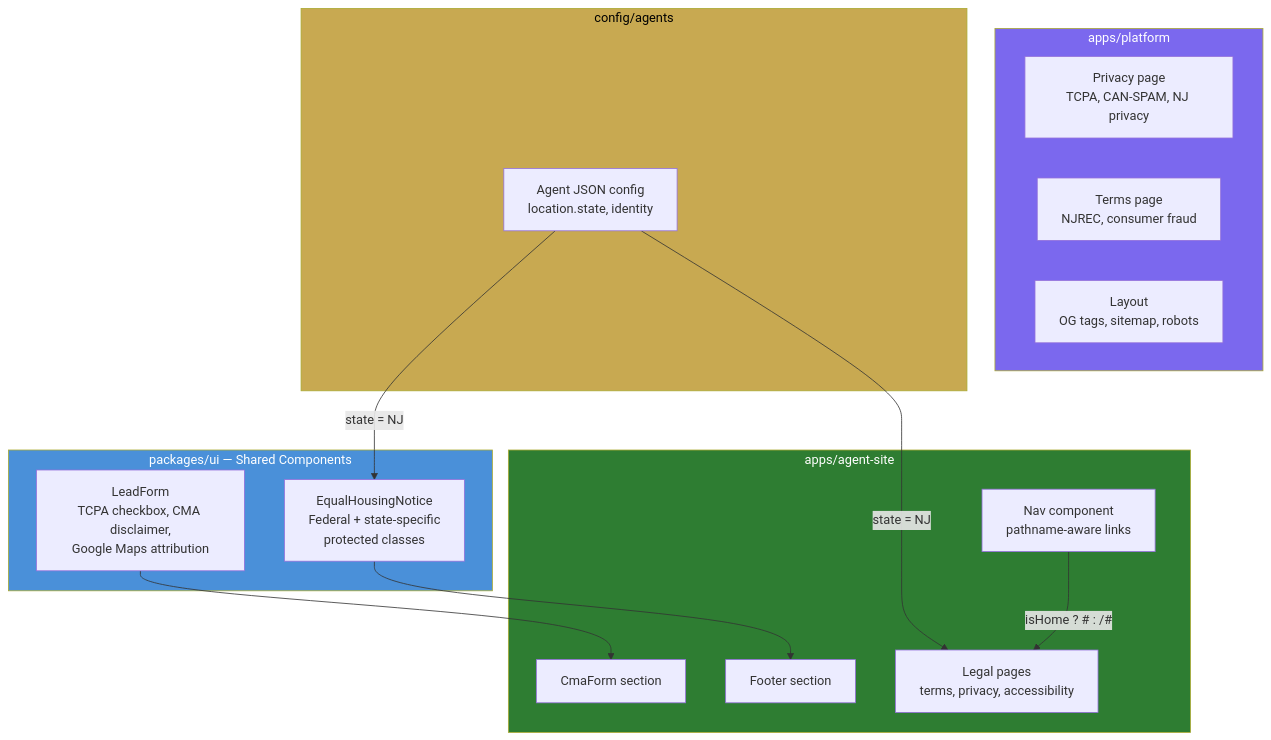
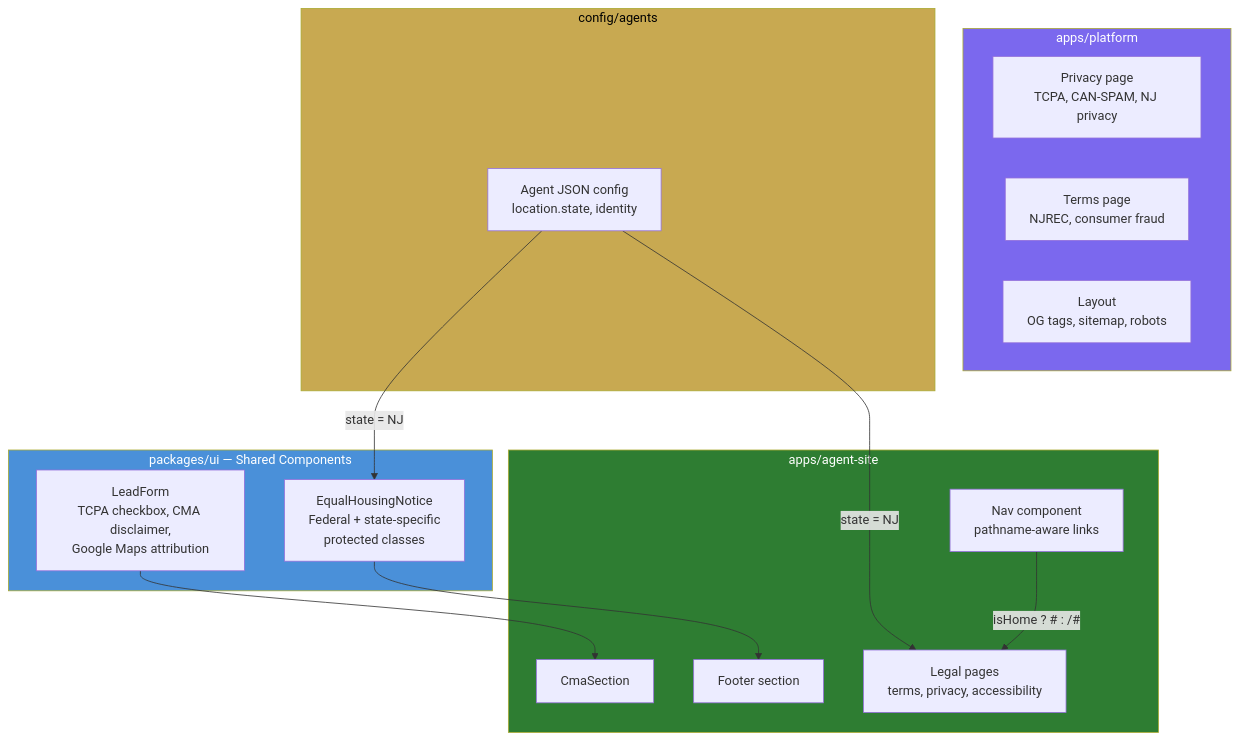
The diagram in docs/architecture/compliance-component-hierarchy.md (edward-rosado/jenisesells-website), drawn with Mermaid before and after one commit. The commit also changed 6 other files, not shown here.

````diff
--- a/docs/architecture/compliance-component-hierarchy.md
+++ b/docs/architecture/compliance-component-hierarchy.md
@@ -5,35 +5,35 @@
 ```mermaid
 flowchart TD
     subgraph SharedUI ["packages/ui — Shared Components"]
         LF["LeadForm<br/>TCPA checkbox, CMA disclaimer,<br/>Google Maps attribution"]
         EHO["EqualHousingNotice<br/>Federal + state-specific<br/>protected classes"]
     end
 
     subgraph AgentSite ["apps/agent-site"]
-        CMA["CmaForm section"]
+        CMA["CmaSection"]
         Footer["Footer section"]
         Legal["Legal pages<br/>terms, privacy, accessibility"]
         Nav["Nav component<br/>pathname-aware links"]
     end
 
     subgraph Platform ["apps/platform"]
         PPrivacy["Privacy page<br/>TCPA, CAN-SPAM, NJ privacy"]
         PTerms["Terms page<br/>NJREC, consumer fraud"]
         PLayout["Layout<br/>OG tags, sitemap, robots"]
     end
 
     subgraph Config ["config/agents"]
         AC["Agent JSON config<br/>location.state, identity"]
     end
 
     LF --> CMA
     EHO --> Footer
     AC -->|"state = NJ"| Legal
     AC -->|"state = NJ"| EHO
     Nav -->|"isHome ? # : /#"| Legal
 
     style SharedUI fill:#4A90D9,color:#fff
     style AgentSite fill:#2E7D32,color:#fff
     style Platform fill:#7B68EE,color:#fff
     style Config fill:#C8A951,color:#000
 ```
````
